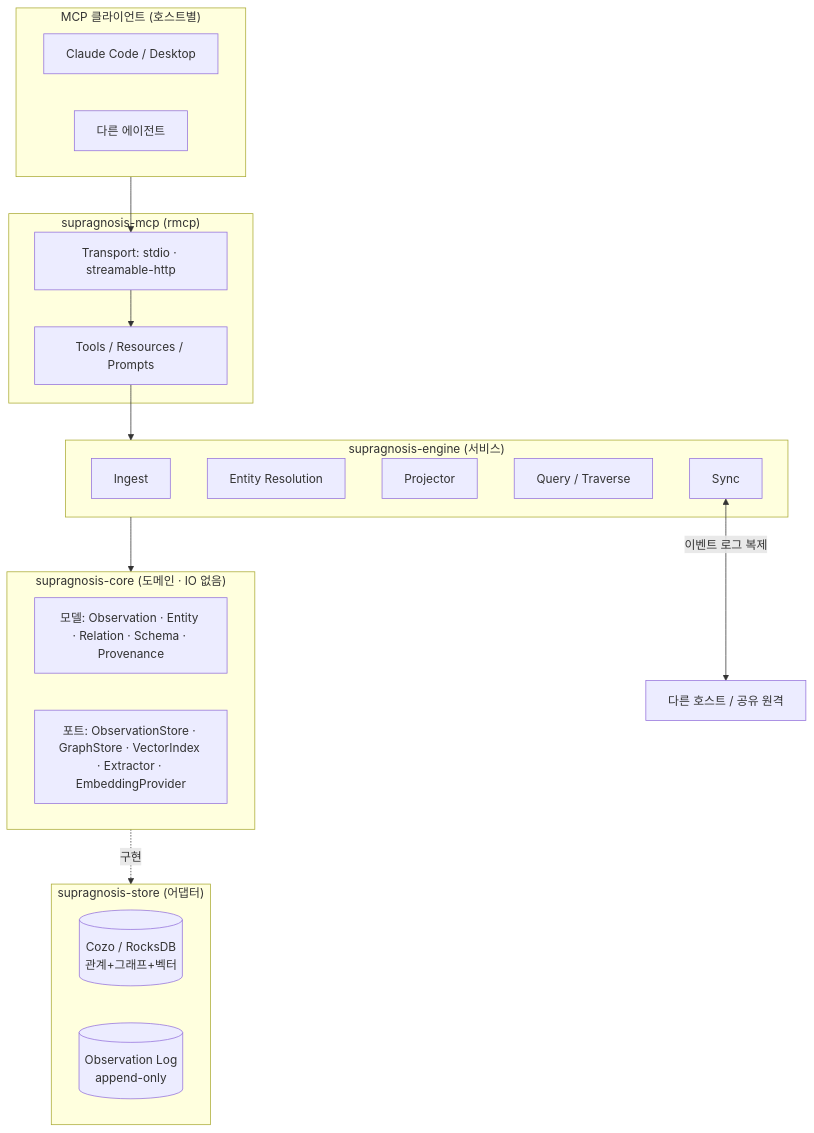
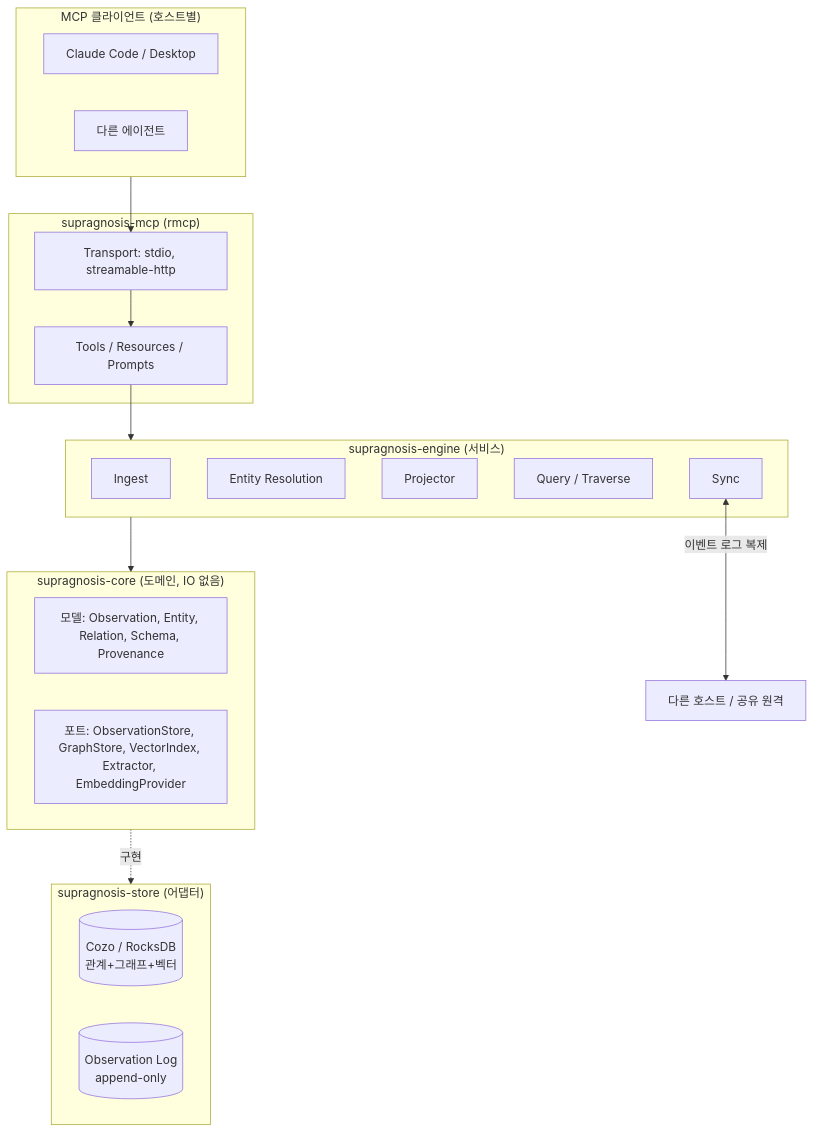
One commit to Ashon/supragnosis changed the first of 3 diagrams in docs/architecture.md. Above: the diagram before and after it, drawn with Mermaid. The commit also changed other lines of this file and 2 other files, not shown here.

First line of the commit message:
docs: 헌법 개정(22개 원칙) 반영 + architecture 정합

````diff
--- a/docs/architecture.md
+++ b/docs/architecture.md
@@ -78,30 +88,30 @@
 ```mermaid
 flowchart TB
     subgraph Clients["MCP 클라이언트 (호스트별)"]
         C1["Claude Code / Desktop"]
         C2["다른 에이전트"]
     end
     subgraph MCP["supragnosis-mcp (rmcp)"]
         T["Tools / Resources / Prompts"]
-        TR["Transport: stdio · streamable-http"]
+        TR["Transport: stdio, streamable-http"]
     end
     subgraph Engine["supragnosis-engine (서비스)"]
         ING["Ingest"]
         RES["Entity Resolution"]
         PRJ["Projector"]
         QRY["Query / Traverse"]
         SYN["Sync"]
     end
-    subgraph Core["supragnosis-core (도메인 · IO 없음)"]
-        M["모델: Observation · Entity · Relation · Schema · Provenance"]
-        P["포트: ObservationStore · GraphStore · VectorIndex · Extractor · EmbeddingProvider"]
+    subgraph Core["supragnosis-core (도메인, IO 없음)"]
+        M["모델: Observation, Entity, Relation, Schema, Provenance"]
+        P["포트: ObservationStore, GraphStore, VectorIndex, Extractor, EmbeddingProvider"]
     end
     subgraph Store["supragnosis-store (어댑터)"]
         DB[("Cozo / RocksDB\n관계+그래프+벡터")]
         LOG[("Observation Log\nappend-only")]
     end
     Clients --> TR --> T --> Engine
     Engine --> Core
     Core -. 구현 .-> Store
     SYN <-->|"이벤트 로그 복제"| Peers["다른 호스트 / 공유 원격"]
 ```
````
